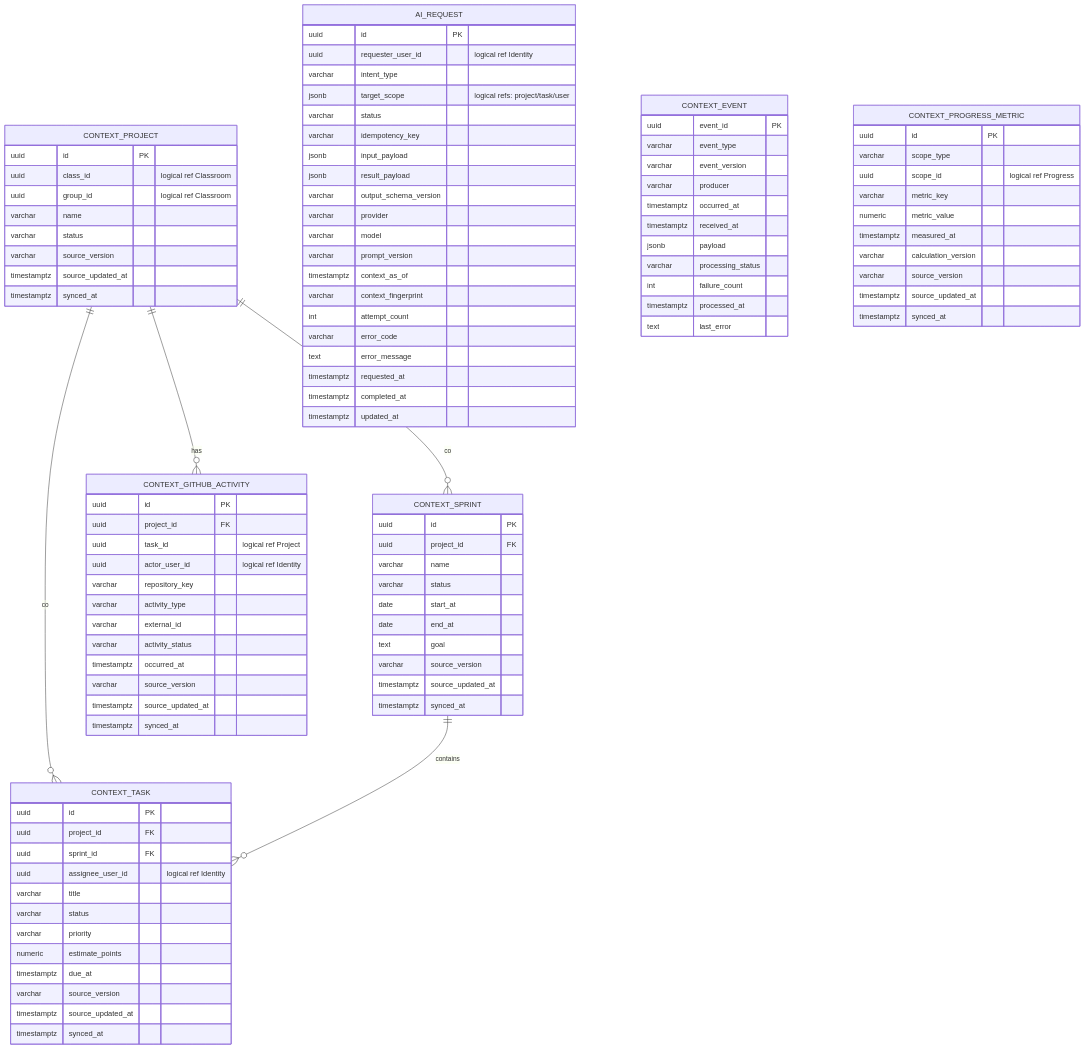
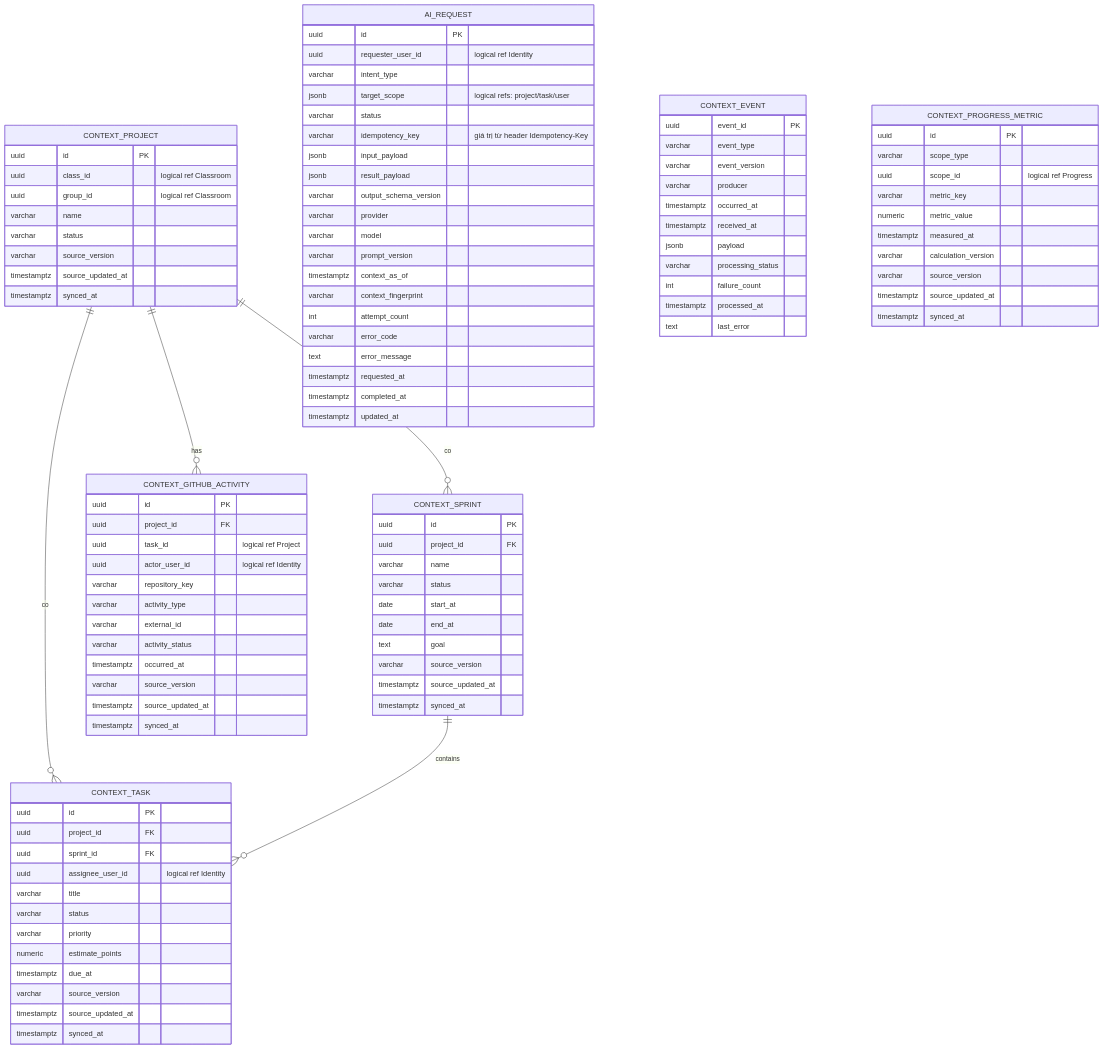
One commit to TriNguyenThanh/UTask changed the diagram in docs/ai-service/erd.md. Above: the diagram before and after it, drawn with Mermaid. The commit also changed 8 other files, not shown here.

Commit message:
docs(ai-service): add API and event contracts for AI Service v1, including schema definitions and documentation updates

```diff
--- a/docs/ai-service/erd.md
+++ b/docs/ai-service/erd.md
@@ -28,7 +28,7 @@
         varchar intent_type
         jsonb target_scope "logical refs: project/task/user"
         varchar status
-        varchar idempotency_key
+        varchar idempotency_key "giá trị từ header Idempotency-Key"
         jsonb input_payload
         jsonb result_payload
         varchar output_schema_version
```
